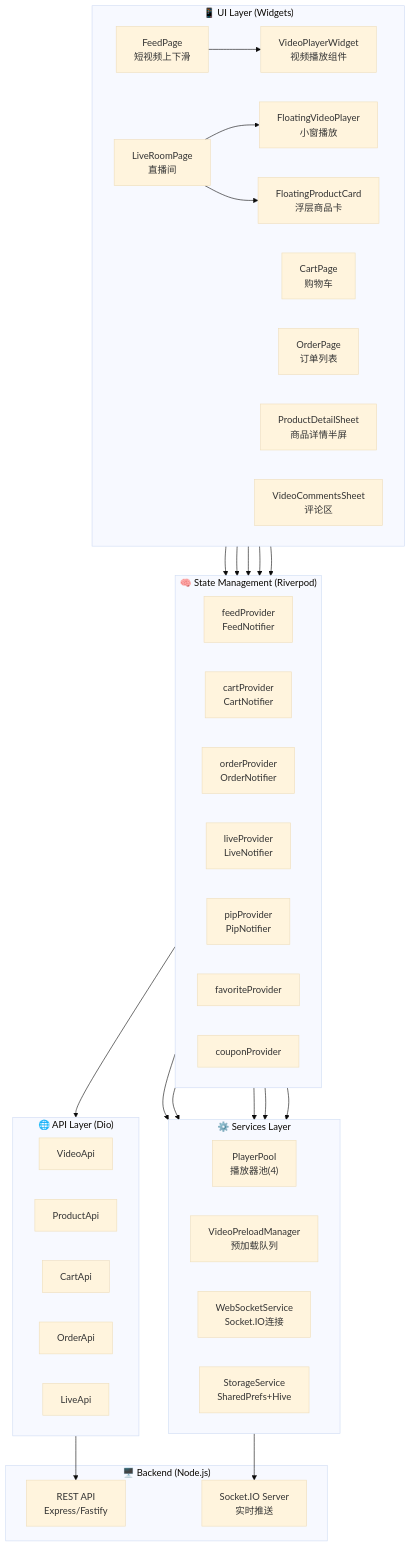
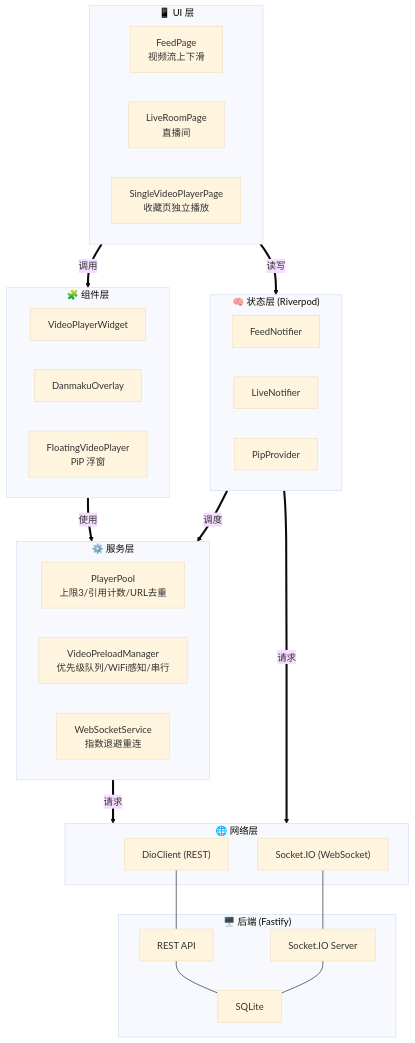
One commit to LIQingQing666/client changed the first of 11 diagrams in 测试文档/架构图-Mermaid.md. Above: the diagram before and after it, drawn with Mermaid (base theme). The commit also changed other lines of this file and 3 other files, not shown here.

````diff
--- a/测试文档/架构图-Mermaid.md
+++ b/测试文档/架构图-Mermaid.md
@@ -180,67 +23,49 @@
 ```mermaid
 graph TB
-    subgraph UI["📱 UI Layer (Widgets)"]
-        direction LR
-        FeedPage["FeedPage<br/>短视频上下滑"]
-        LiveRoomPage["LiveRoomPage<br/>直播间"]
-        CartPage["CartPage<br/>购物车"]
-        OrderPage["OrderPage<br/>订单列表"]
-        ProductSheet["ProductDetailSheet<br/>商品详情半屏"]
-        VideoWidget["VideoPlayerWidget<br/>视频播放组件"]
-        FloatCard["FloatingProductCard<br/>浮层商品卡"]
-        PIP["FloatingVideoPlayer<br/>小窗播放"]
-        Comments["VideoCommentsSheet<br/>评论区"]
+    subgraph UI["📱 UI 层"]
+        FP["FeedPage<br/>视频流上下滑"]
+        LR["LiveRoomPage<br/>直播间"]
+        SVP["SingleVideoPlayerPage<br/>收藏页独立播放"]
     end
 
-    subgraph State["🧠 State Management (Riverpod)"]
-        direction LR
-        FeedProvider["feedProvider<br/>FeedNotifier"]
-        CartProvider["cartProvider<br/>CartNotifier"]
-        OrderProvider["orderProvider<br/>OrderNotifier"]
-        LiveProvider["liveProvider<br/>LiveNotifier"]
-        PipProvider["pipProvider<br/>PipNotifier"]
-        FavProvider["favoriteProvider"]
-        CouponProvider["couponProvider"]
+    subgraph Widget["🧩 组件层"]
+        VW["VideoPlayerWidget"]
+        DM["DanmakuOverlay"]
+        FL["FloatingVideoPlayer<br/>PiP 浮窗"]
     end
 
-    subgraph Services["⚙️ Services Layer"]
-        direction LR
-        PlayerPool["PlayerPool<br/>播放器池(4)"]
-        PreloadMgr["VideoPreloadManager<br/>预加载队列"]
-        WSService["WebSocketService<br/>Socket.IO连接"]
-        StorageSvc["StorageService<br/>SharedPrefs+Hive"]
+    subgraph State["🧠 状态层 (Riverpod)"]
+        FN["FeedNotifier"]
+        LN["LiveNotifier"]
+        PIP["PipProvider"]
     end
 
-    subgraph API["🌐 API Layer (Dio)"]
-        direction LR
-        VideoAPI["VideoApi"]
-        ProductAPI["ProductApi"]
-        CartAPI["CartApi"]
-        OrderAPI["OrderApi"]
-        LiveAPI["LiveApi"]
+    subgraph Service["⚙️ 服务层"]
+        POOL["PlayerPool<br/>上限3/引用计数/URL去重"]
+        PRE["VideoPreloadManager<br/>优先级队列/WiFi感知/串行"]
+        WS["WebSocketService<br/>指数退避重连"]
     end
 
-    subgraph Backend["🖥️ Backend (Node.js)"]
-        REST["REST API<br/>Express/Fastify"]
-        WS["Socket.IO Server<br/>实时推送"]
+    subgraph Net["🌐 网络层"]
+        Dio["DioClient (REST)"]
+        Socket["Socket.IO (WebSocket)"]
     end
 
-    UI --> State
-    State --> Services
-    State --> API
-    Services --> WS
-    API --> REST
+    subgraph Backend["🖥️ 后端 (Fastify)"]
+        REST["REST API"]
+        WSSvr["Socket.IO Server"]
+        DB["SQLite"]
+    end
 
-    FeedPage --> FeedProvider
-    FeedPage --> VideoWidget
-    LiveRoomPage --> LiveProvider
-    LiveRoomPage --> PIP
-    LiveRoomPage --> FloatCard
-    CartPage --> CartProvider
-    OrderPage --> OrderProvider
+    UI        == 调用 ==>     Widget
+    UI        == 读写 ==>     State
+    Widget    == 使用 ==>     Service
+    State     == 调度 ==>     Service
+    State     == 请求 ==>     Net
+    Service   == 请求 ==>     Net
 
-    FeedProvider --> PlayerPool
-    FeedProvider --> PreloadMgr
-    LiveProvider --> WSService
-    CartProvider --> StorageSvc
+    Dio       --- REST
+    Socket    --- WSSvr
+    REST      --- DB
+    WSSvr     --- DB
 ```
````
